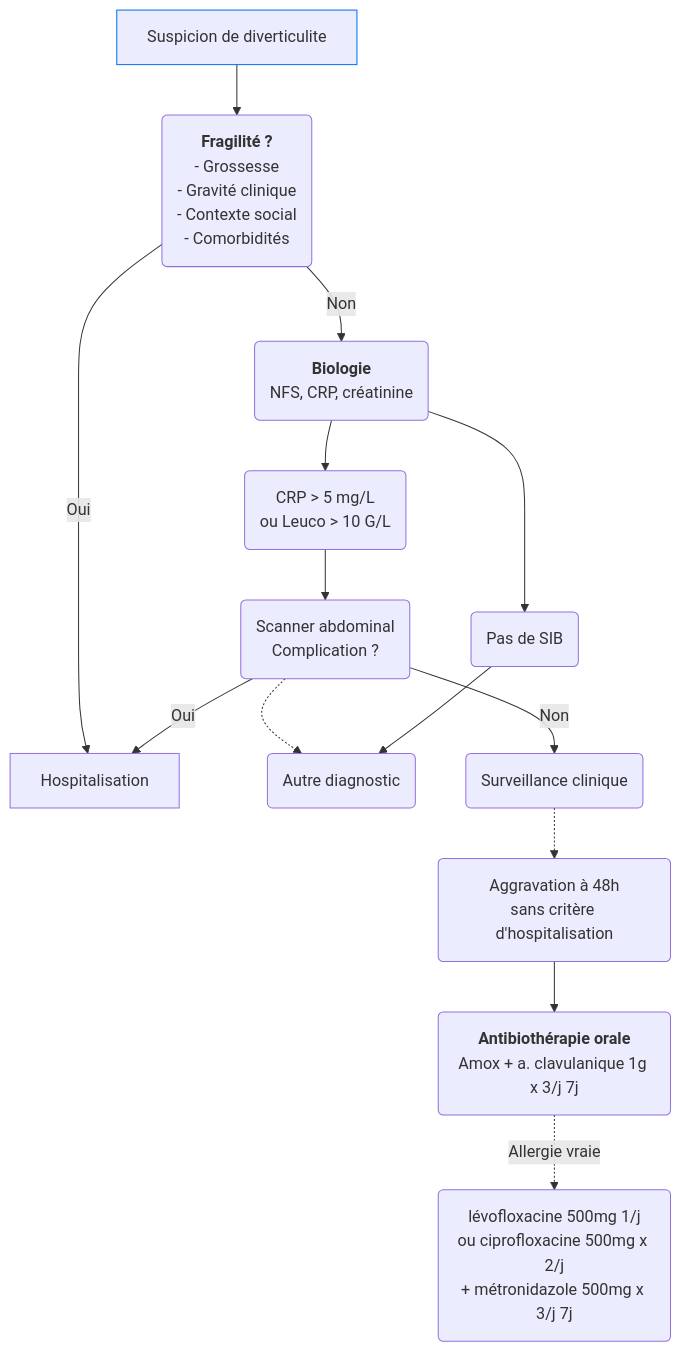
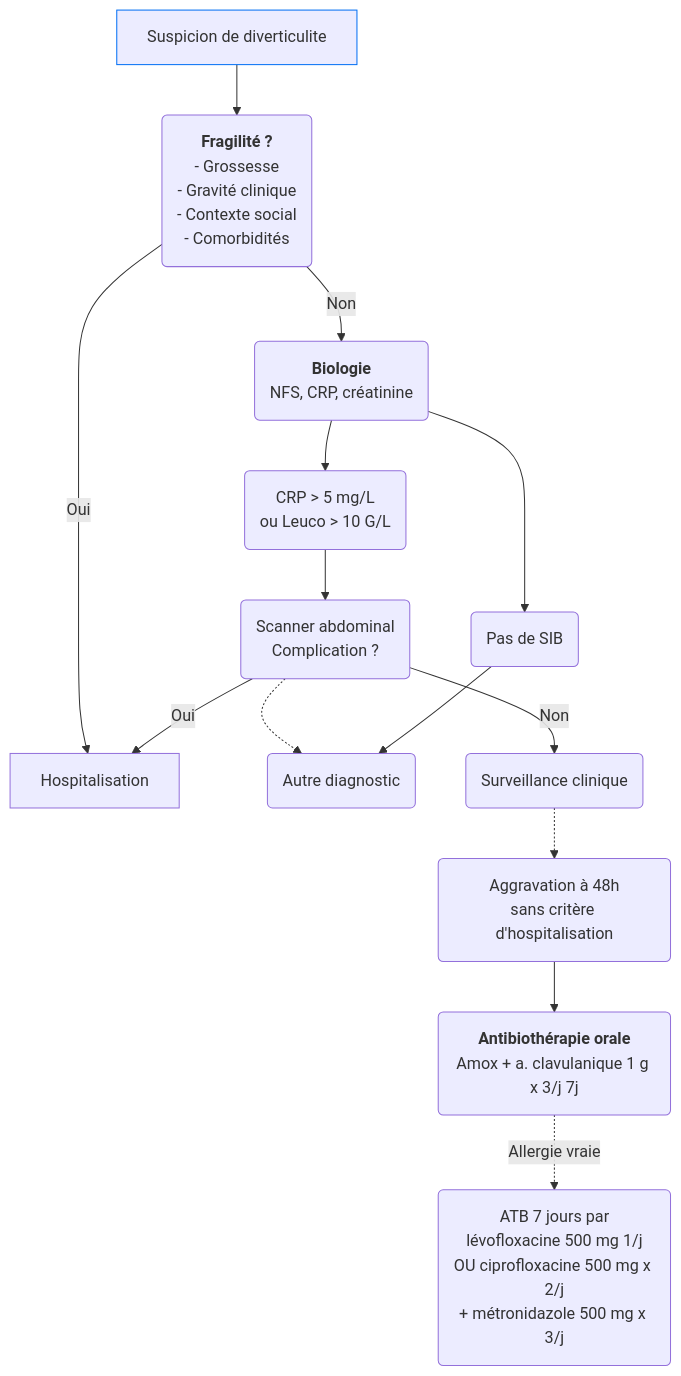
One commit to djibe/recommandations-medicales changed the diagram in content/recommandations/diverticulite-sigmoidienne.md. Above: the diagram before and after it, drawn with Mermaid. The commit also changed other lines of this file and 11 other files, not shown here.

```diff
--- a/content/recommandations/diverticulite-sigmoidienne.md
+++ b/content/recommandations/diverticulite-sigmoidienne.md
@@ -139,15 +139,15 @@
 {{< mermaid title="Conduite à tenir devant une suspicion de diverticulite sigmoïdienne. Dr JB FRON d'après HAS 2017" >}}
 graph TB
   diverticulite[Suspicion de diverticulite]
   style diverticulite stroke:#006ef4, stroke-width: 1px
     diverticulite --> gravite("<b>Fragilité ?</b><br>- Grossesse<br>- Gravité clinique<br>- Contexte social<br>- Comorbidités")
       gravite -- Oui --> Hospitalisation
       gravite -- Non --> bio("<b>Biologie</b><br>NFS, CRP, créatinine")
         bio --> SIB+(CRP &gt; 5 mg/L<br>ou Leuco &gt; 10 G/L)
           SIB+ --> scanner(Scanner abdominal<br>Complication ?)
             scanner -.-> autre
             scanner -- Oui --> Hospitalisation
             scanner -- Non --> med(Surveillance clinique)
-              med -.-> echec("Aggravation à 48h<br>sans critère d'hospitalisation") --> atb("<b>Antibiothérapie orale</b><br>Amox + a. clavulanique 1g x 3/j 7j<br>") -. Allergie vraie .-> allergie("lévofloxacine 500mg 1/j<br>ou ciprofloxacine 500mg x 2/j<br>+ métronidazole 500mg x 3/j 7j")
+              med -.-> echec("Aggravation à 48h<br>sans critère d'hospitalisation") --> atb("<b>Antibiothérapie orale</b><br>Amox + a. clavulanique 1 g x 3/j 7j<br>") -. Allergie vraie .-> allergie("ATB 7 jours par<br>lévofloxacine 500 mg 1/j<br>OU ciprofloxacine 500 mg x 2/j<br>+ métronidazole 500 mg x 3/j")
         bio --> SIB-(Pas de SIB) --> autre(Autre diagnostic)
 {{< /mermaid >}}
```
